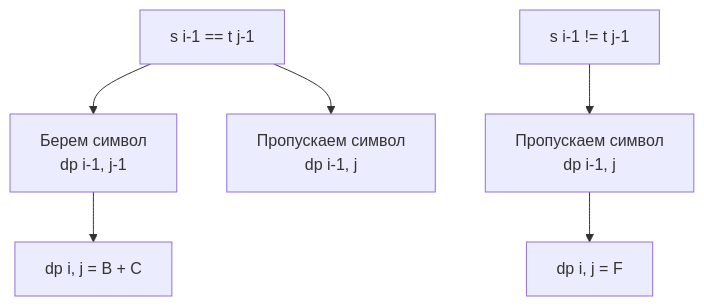
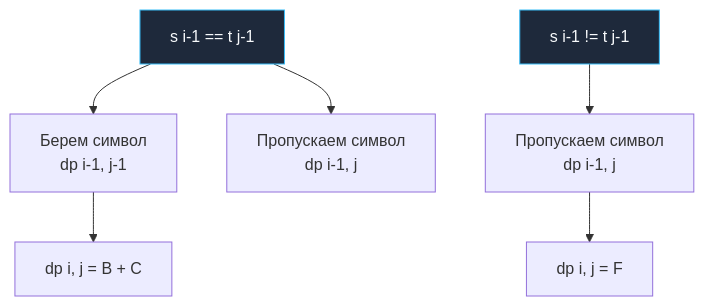
Before and after one commit to UnrealTemplier/go-textbook: the diagram in sources/21. Задачи с LeetCode и собеседований на Go/02. Задачи/20. Динамическое программирование на строках/4. Distinct Subsequences.md, drawn with Mermaid. The commit also changed 1666 other files, not shown here.

First line of the commit message:
feat(mermaid): add semantic color classDef to 1369 colorless flowchart/graph diagrams

````diff
--- a/sources/21. Задачи с LeetCode и собеседований на Go/02. Задачи/20. Динамическое программирование на строках/4. Distinct Subsequences.md
+++ b/sources/21. Задачи с LeetCode и собеседований на Go/02. Задачи/20. Динамическое программирование на строках/4. Distinct Subsequences.md
@@ -25,9 +25,19 @@
 ```mermaid
 flowchart TD
-    A["s i-1 == t j-1"] --> B["Берем символ<br>dp i-1, j-1"]
+    classDef process  fill:#1e293b,stroke:#38bdf8,stroke-width:1px,color:#f8fafc
+    classDef success  fill:#064e3b,stroke:#34d399,stroke-width:1px,color:#f8fafc
+    classDef error    fill:#7f1d1d,stroke:#f87171,stroke-width:1px,color:#f8fafc
+    classDef warning  fill:#78350f,stroke:#fbbf24,stroke-width:1px,color:#f8fafc
+    classDef entry    fill:#1e3a5f,stroke:#38bdf8,stroke-width:2px,color:#f8fafc
+    classDef aux      fill:#334155,stroke:#64748b,stroke-width:1px,color:#f8fafc
+    classDef system   fill:#312e81,stroke:#a78bfa,stroke-width:1px,color:#f8fafc
+    classDef data     fill:#132d29,stroke:#2dd4bf,stroke-width:1px,color:#f8fafc
+    classDef network  fill:#881337,stroke:#fb7185,stroke-width:1px,color:#f8fafc
+    classDef accent   fill:#1e1b4b,stroke:#818cf8,stroke-width:1px,color:#f8fafc
+    A["s i-1 == t j-1"]:::process --> B["Берем символ<br>dp i-1, j-1"]
     A --> C["Пропускаем символ<br>dp i-1, j"]
     B --> D["dp i, j = B + C"]
     
-    E["s i-1 != t j-1"] --> F["Пропускаем символ<br>dp i-1, j"]
+    E["s i-1 != t j-1"]:::process --> F["Пропускаем символ<br>dp i-1, j"]
     F --> G["dp i, j = F"]
 ```
````
